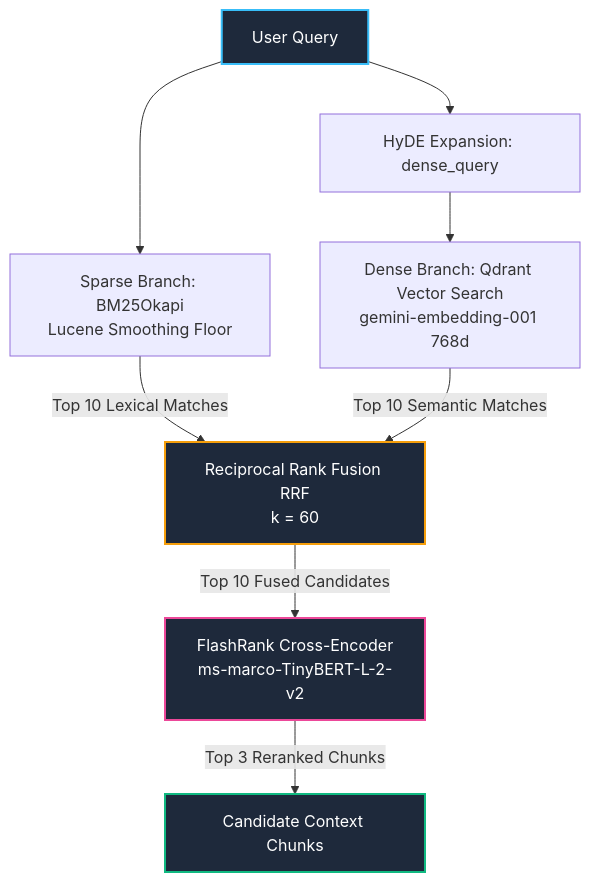
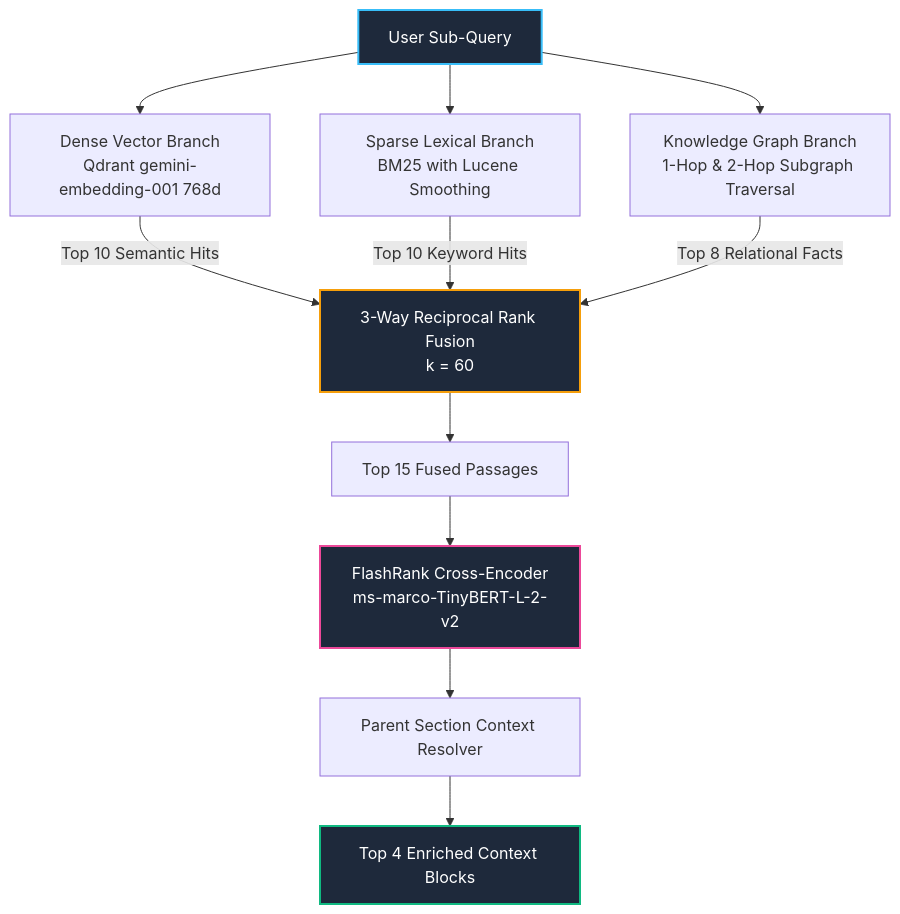
One commit to sounakss7/agentic-rag-engine changed the third of 3 diagrams in README.md. Above: the diagram before and after it, drawn with Mermaid. The commit also changed other lines of this file and 27 other files, not shown here.

Commit message:
feat(nexus): rebuild platform into NexusRAG autonomous Graph-RAG engine with FastAPI, multi-agent planner, code sandbox, and layout-aware ingestion

````diff
--- a/README.md
+++ b/README.md
@@ -183,17 +166,20 @@
 ```mermaid
 flowchart TD
-    Q[User Query] --> HyDE[HyDE Expansion: dense_query]
-    HyDE --> S2[Dense Branch: Qdrant Vector Search\ngemini-embedding-001 768d]
-    Q --> S1[Sparse Branch: BM25Okapi\nLucene Smoothing Floor]
+    Q[User Sub-Query] --> H1[Dense Vector Branch\nQdrant gemini-embedding-001 768d]
+    Q --> H2[Sparse Lexical Branch\nBM25 with Lucene Smoothing]
+    Q --> H3[Knowledge Graph Branch\n1-Hop & 2-Hop Subgraph Traversal]
     
-    S1 -->|Top 10 Lexical Matches| RRF[Reciprocal Rank Fusion RRF\nk = 60]
-    S2 -->|Top 10 Semantic Matches| RRF
+    H1 -->|Top 10 Semantic Hits| RRF[3-Way Reciprocal Rank Fusion\nk = 60]
+    H2 -->|Top 10 Keyword Hits| RRF
+    H3 -->|Top 8 Relational Facts| RRF
     
-    RRF -->|Top 10 Fused Candidates| FR[FlashRank Cross-Encoder\nms-marco-TinyBERT-L-2-v2]
-    FR -->|Top 3 Reranked Chunks| FinalContext[Candidate Context Chunks]
+    RRF --> Candidates[Top 15 Fused Passages]
+    Candidates --> Reranker[FlashRank Cross-Encoder\nms-marco-TinyBERT-L-2-v2]
+    Reranker --> ResolveParent[Parent Section Context Resolver]
+    ResolveParent --> TopContext[Top 4 Enriched Context Blocks]
 
     style Q fill:#1e293b,stroke:#38bdf8,stroke-width:2px,color:#fff
     style RRF fill:#1e293b,stroke:#f59e0b,stroke-width:2px,color:#fff
-    style FR fill:#1e293b,stroke:#ec4899,stroke-width:2px,color:#fff
-    style FinalContext fill:#1e293b,stroke:#10b981,stroke-width:2px,color:#fff
+    style Reranker fill:#1e293b,stroke:#ec4899,stroke-width:2px,color:#fff
+    style TopContext fill:#1e293b,stroke:#10b981,stroke-width:2px,color:#fff
 ```
````
